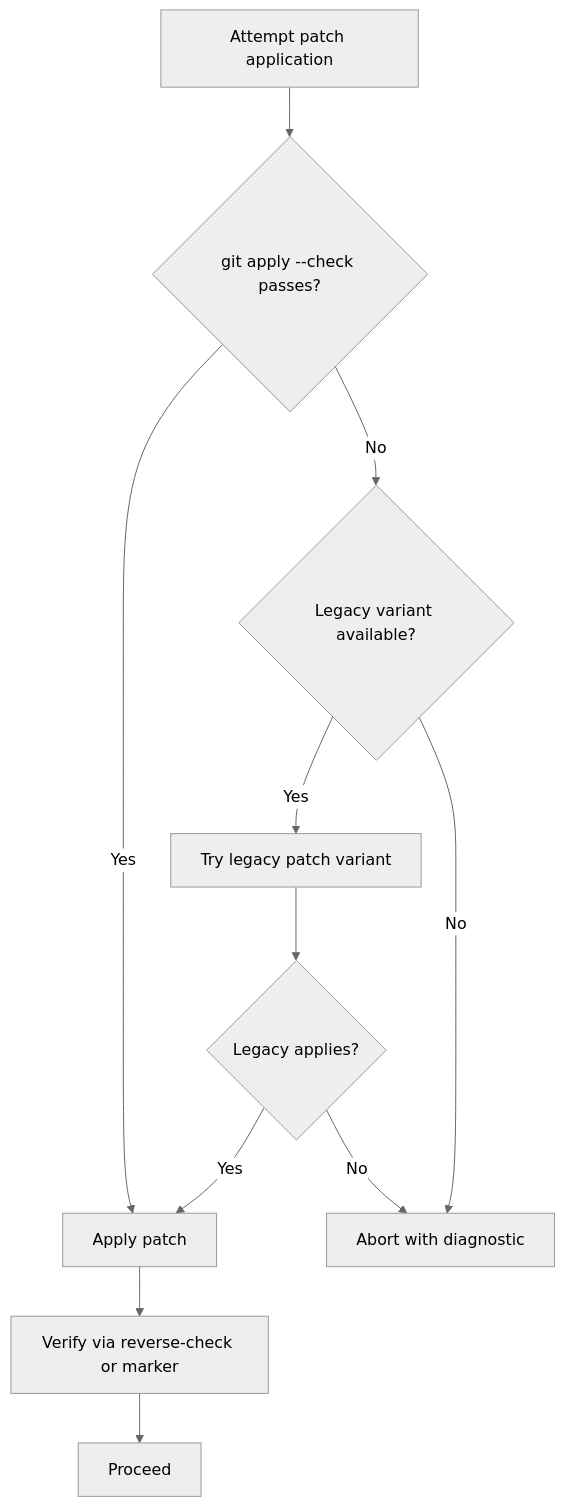
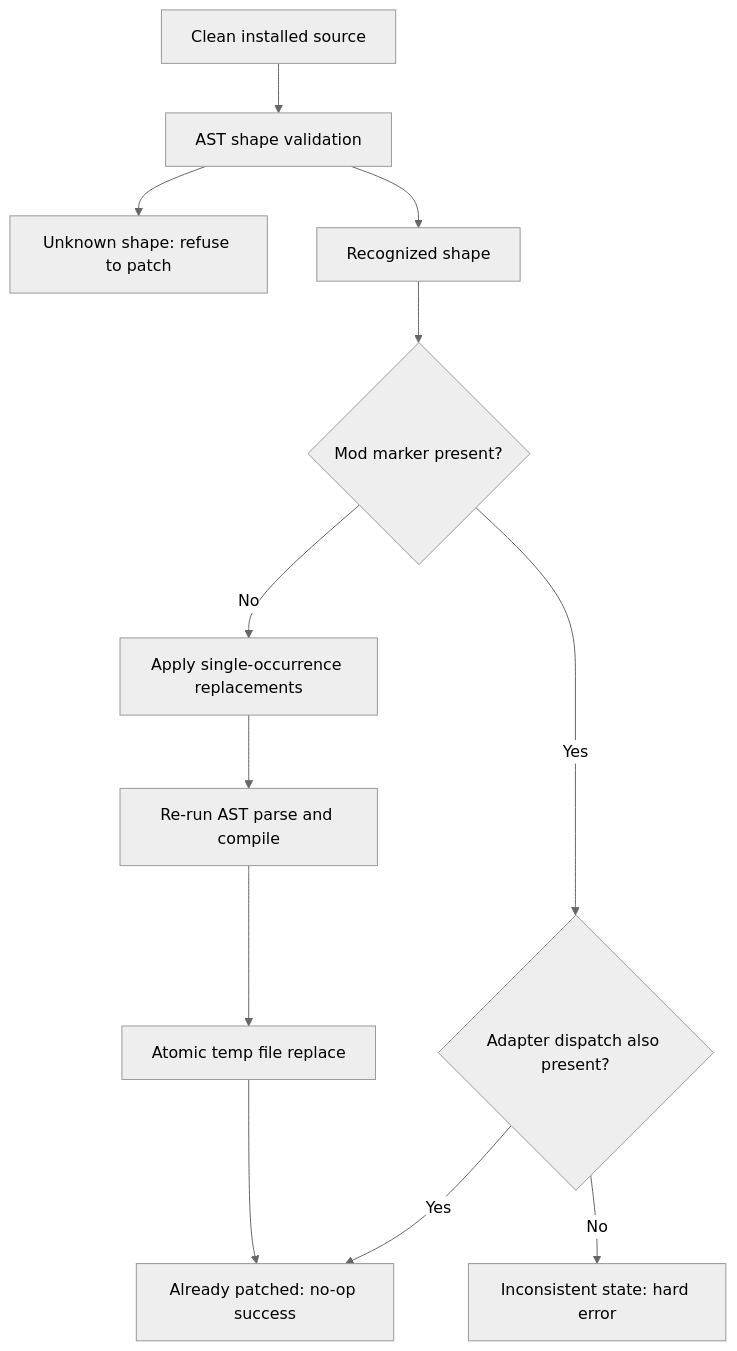
Diagram 11 of 15 in deepwiki-rs-docs/3.Workflow.md (jpfulton-fultonengineeringservices/spark-vllm-docker), drawn with Mermaid (neutral theme) before and after one commit. The commit also changed other lines of this file and 156 other files, not shown here.

````diff
--- a/deepwiki-rs-docs/3.Workflow.md
+++ b/deepwiki-rs-docs/3.Workflow.md
@@ -535,13 +409,14 @@
 ```mermaid
-graph TD
-    Attempt["Attempt patch application"] --> Check{"git apply --check passes?"}
-    Check -->|Yes| Apply["Apply patch"]
-    Check -->|No| Fallback{"Legacy variant available?"}
-    Fallback -->|Yes| TryLegacy["Try legacy patch variant"]
-    Fallback -->|No| Abort["Abort with diagnostic"]
-    TryLegacy --> LegacyCheck{"Legacy applies?"}
-    LegacyCheck -->|Yes| Apply
-    LegacyCheck -->|No| Abort
-    Apply --> Verify["Verify via reverse-check or marker"]
-    Verify --> Done["Proceed"]
+flowchart TD
+    Clean["Clean installed source"] --> Validate["AST shape validation"]
+    Validate --> ShapeBad["Unknown shape: refuse to patch"]
+    Validate --> ShapeOk["Recognized shape"]
+    ShapeOk --> MarkerCheck{"Mod marker present?"}
+    MarkerCheck -->|Yes| Consistent{"Adapter dispatch also present?"}
+    Consistent -->|Yes| Done["Already patched: no-op success"]
+    Consistent -->|No| Corrupt["Inconsistent state: hard error"]
+    MarkerCheck -->|No| Patch["Apply single-occurrence replacements"]
+    Patch --> Recompile["Re-run AST parse and compile"]
+    Recompile --> Atomic["Atomic temp file replace"]
+    Atomic --> Done
 ```
````
